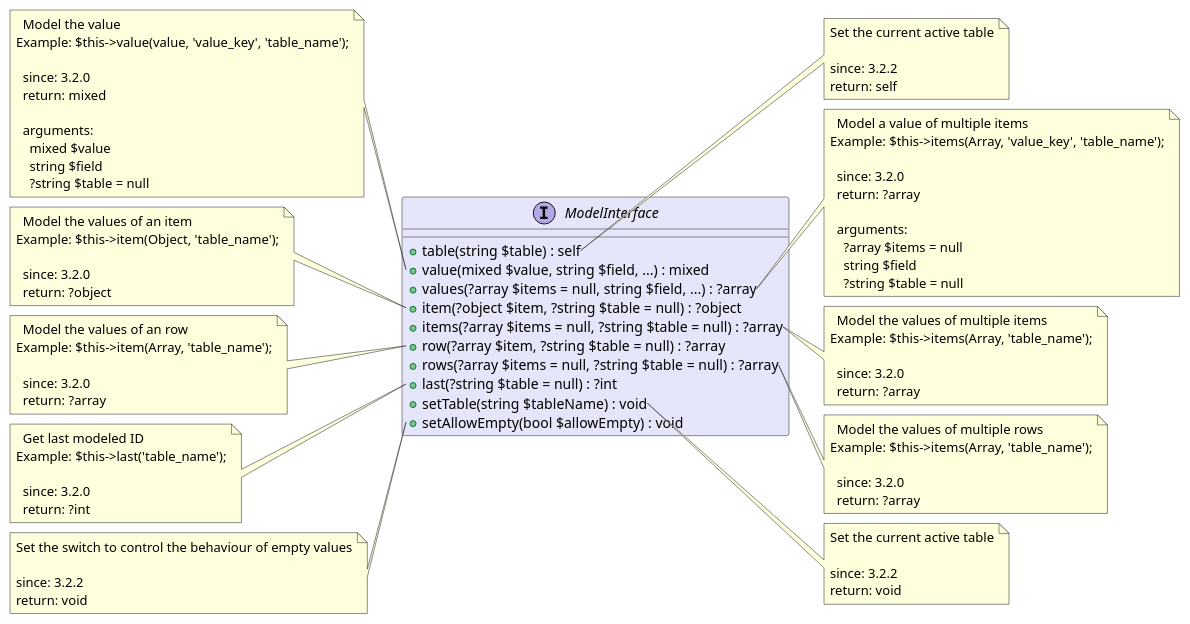
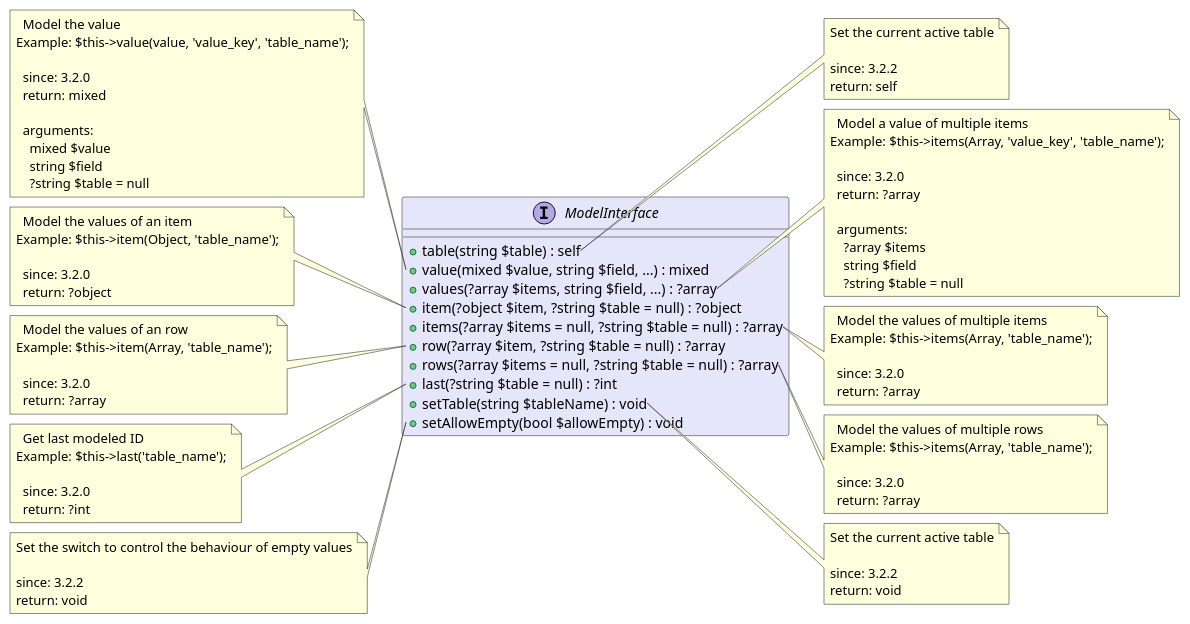
The diagram in src/8aef58c1-3f70-4bd4-b9e4-3f29fcd41cff/README.md (joomengine/super-powers), drawn with PlantUML before and after one commit. The commit also changed 12 other files, not shown here.

```diff
--- a/src/8aef58c1-3f70-4bd4-b9e4-3f29fcd41cff/README.md
+++ b/src/8aef58c1-3f70-4bd4-b9e4-3f29fcd41cff/README.md
@@ -14,7 +14,7 @@
 interface ModelInterface  #Lavender {
   + table(string $table) : self
   + value(mixed $value, string $field, ...) : mixed
-  + values(?array $items = null, string $field, ...) : ?array
+  + values(?array $items, string $field, ...) : ?array
   + item(?object $item, ?string $table = null) : ?object
   + items(?array $items = null, ?string $table = null) : ?array
   + row(?array $item, ?string $table = null) : ?array
@@ -52,7 +52,7 @@
   return: ?array
   
   arguments:
-    ?array $items = null
+    ?array $items
     string $field
     ?string $table = null
 end note
```
